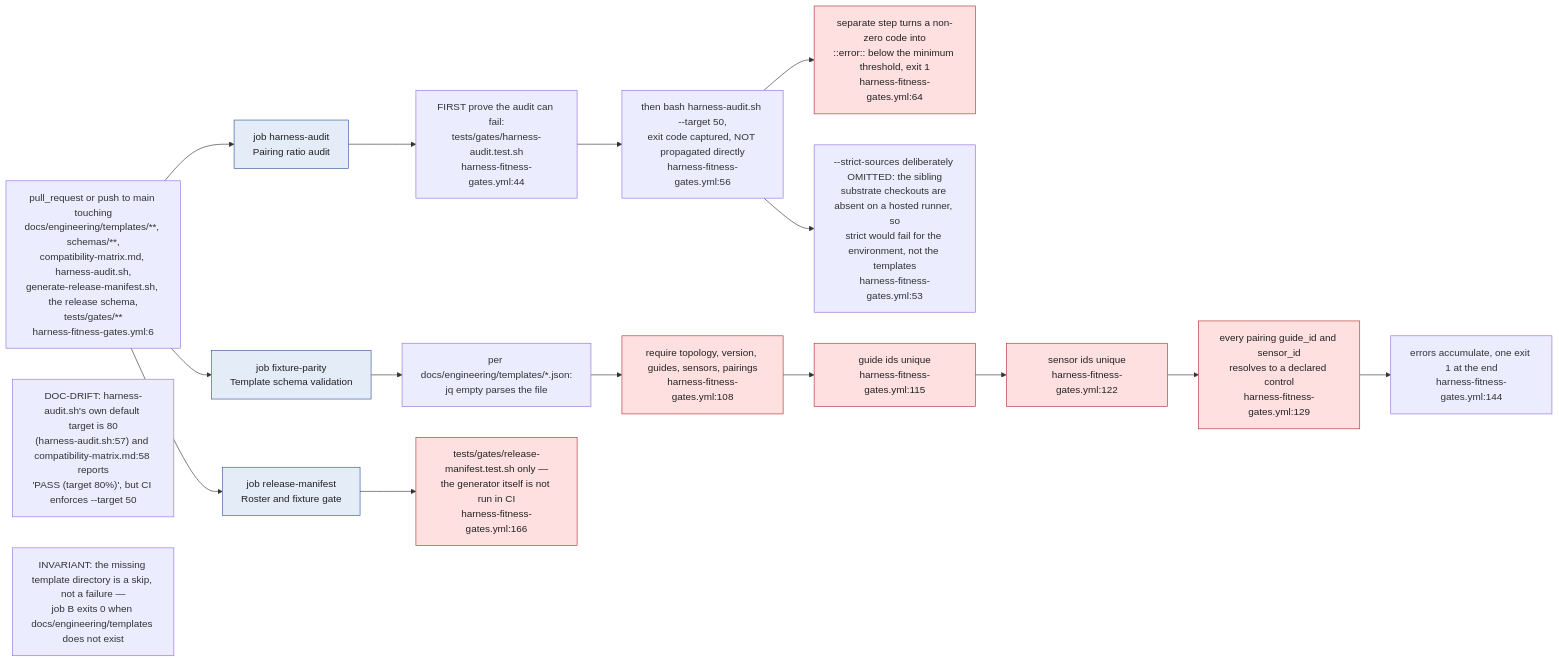
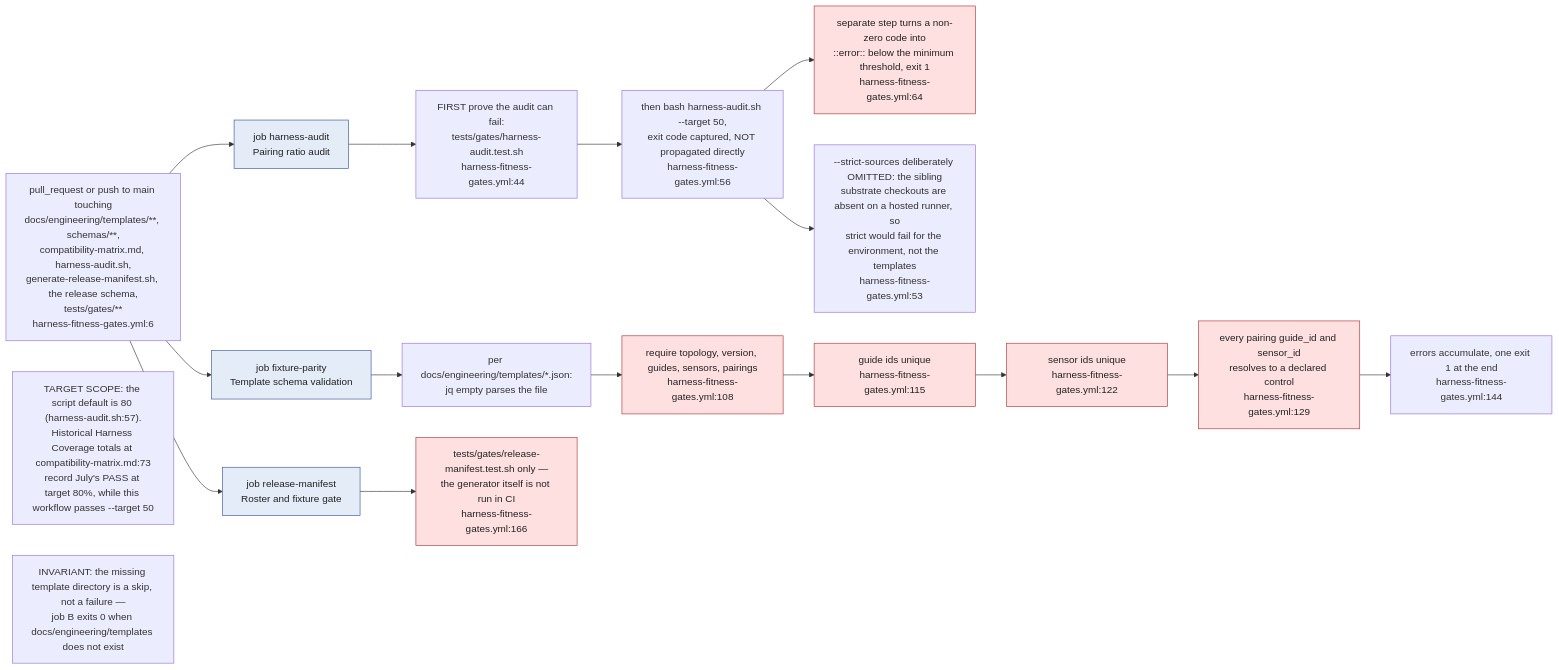
One commit to DreamLab-AI/VisionFlow changed the seventh of 12 diagrams in docs/diagrams/visionflow/05-governance-gates.md. Above: the diagram before and after it, drawn with Mermaid. The commit also changed other lines of this file and 185 other files, not shown here.

Commit message:
docs(estate): reconcile diagrams and ADRs with source and define closeout sprint

````diff
--- a/docs/diagrams/visionflow/05-governance-gates.md
+++ b/docs/diagrams/visionflow/05-governance-gates.md
@@ -304,28 +305,28 @@
 ```mermaid
 flowchart LR
     classDef job fill:#e4ecf8,stroke:#33559a,color:#222
     classDef block fill:#ffe0e0,stroke:#aa3333,color:#222
 
     TRIG["pull_request or push to main touching<br/>docs/engineering/templates/**, schemas/**,<br/>compatibility-matrix.md, harness-audit.sh,<br/>generate-release-manifest.sh, the release schema,<br/>tests/gates/**<br/>harness-fitness-gates.yml:6"]
 
     TRIG --> A["job harness-audit<br/>Pairing ratio audit"]:::job
     TRIG --> B["job fixture-parity<br/>Template schema validation"]:::job
     TRIG --> C["job release-manifest<br/>Roster and fixture gate"]:::job
 
     A --> A1["FIRST prove the audit can fail:<br/>tests/gates/harness-audit.test.sh<br/>harness-fitness-gates.yml:44"]
     A1 --> A2["then bash harness-audit.sh --target 50,<br/>exit code captured, NOT propagated directly<br/>harness-fitness-gates.yml:56"]
     A2 --> A3["separate step turns a non-zero code into<br/>::error:: below the minimum threshold, exit 1<br/>harness-fitness-gates.yml:64"]:::block
     A2 --> A4["--strict-sources deliberately OMITTED: the sibling<br/>substrate checkouts are absent on a hosted runner, so<br/>strict would fail for the environment, not the templates<br/>harness-fitness-gates.yml:53"]
 
     B --> B1["per docs/engineering/templates/*.json:<br/>jq empty parses the file"]
     B1 --> B2["require topology, version, guides, sensors, pairings<br/>harness-fitness-gates.yml:108"]:::block
     B2 --> B3["guide ids unique<br/>harness-fitness-gates.yml:115"]:::block
     B3 --> B4["sensor ids unique<br/>harness-fitness-gates.yml:122"]:::block
     B4 --> B5["every pairing guide_id and sensor_id<br/>resolves to a declared control<br/>harness-fitness-gates.yml:129"]:::block
     B5 --> B6["errors accumulate, one exit 1 at the end<br/>harness-fitness-gates.yml:144"]
 
     C --> C1["tests/gates/release-manifest.test.sh only —<br/>the generator itself is not run in CI<br/>harness-fitness-gates.yml:166"]:::block
 
-    NOTE1["DOC-DRIFT: harness-audit.sh's own default target is 80<br/>(harness-audit.sh:57) and compatibility-matrix.md:58 reports<br/>'PASS (target 80%)', but CI enforces --target 50"]
+    NOTE1["TARGET SCOPE: the script default is 80 (harness-audit.sh:57).<br/>Historical Harness Coverage totals at compatibility-matrix.md:73<br/>record July's PASS at target 80%, while this workflow passes --target 50"]
     NOTE2["INVARIANT: the missing template directory is a skip, not a failure —<br/>job B exits 0 when docs/engineering/templates does not exist"]
 ```
````
